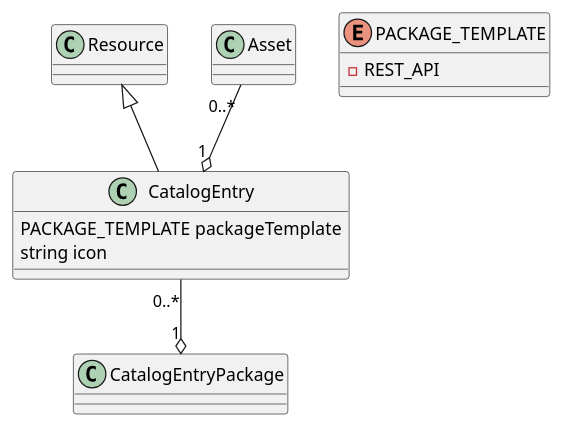
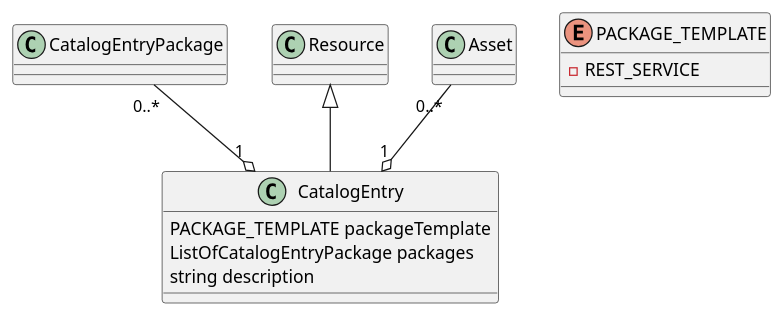
The diagram in Use cases/CatalogEntry/model.puml (kathra-project/specifications), drawn with PlantUML before and after one commit. The commit also changed 26 other files, not shown here.

```diff
--- a/Use cases/CatalogEntry/model.puml
+++ b/Use cases/CatalogEntry/model.puml
@@ -1,16 +1,19 @@
 @startuml
 
-class  CatalogEntry {
+class CatalogEntry {
      PACKAGE_TEMPLATE packageTemplate
-     string icon
+     ListOfCatalogEntryPackage packages
+     string description
 }
 
 enum PACKAGE_TEMPLATE {
-     - REST_API
+     - REST_SERVICE
 }
-CatalogEntry  "0..*" --o "1" CatalogEntryPackage
+CatalogEntryPackage  "0..*" --o "1" CatalogEntry
 
 Resource <|-- CatalogEntry
 Asset  "0..*" --o "1" CatalogEntry
 
+
+
 @enduml
```
